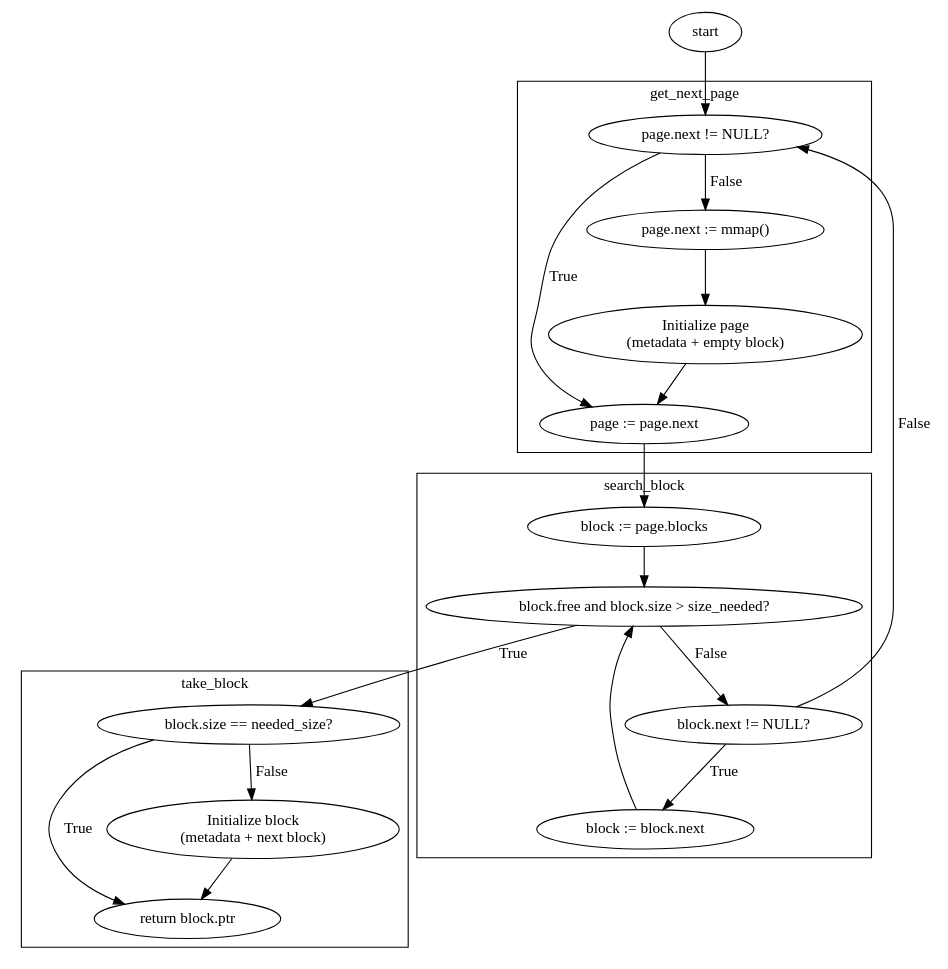
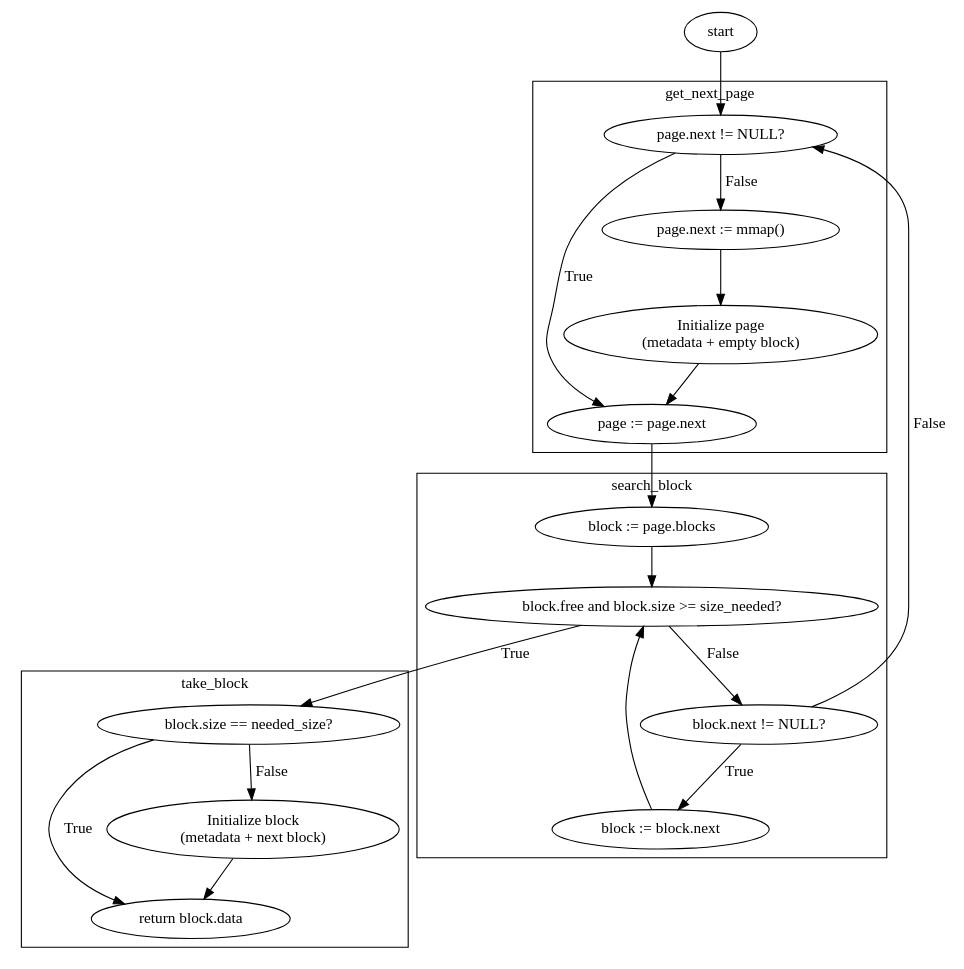
One commit to nootr/ilo changed the diagram in docs/graphs/malloc.dot. Above: the diagram before and after it, drawn with Graphviz.

Commit message:
Fix errors in malloc flowchart

```diff
--- a/docs/graphs/malloc.dot
+++ b/docs/graphs/malloc.dot
@@ -1,50 +1,50 @@
 digraph malloc {
     start -> next_page;
 
     subgraph cluster_get_next_page {
         label = "get_next_page";
 
         # Check if page exists
         next_page [ label = "page.next != NULL?" ];
         next_page -> mmap [ label = "False" ];
         next_page -> progress_page [ label = "True" ];
 
         # Create new page
         mmap [ label = "page.next := mmap()" ];
         mmap -> init_page;
         init_page [ label = "Initialize page\n(metadata + empty block)" ];
         init_page -> progress_page;
     }
 
     subgraph cluster_search_block {
         label = "search_block";
 
         # Search for suitable block
         progress_page [ label = "page := page.next" ];
         progress_page -> first_block;
         first_block [ label = "block := page.blocks" ];
         first_block -> fits;
 
         # Walk blocks
-        fits [ label = "block.free and block.size > size_needed?" ];
+        fits [ label = "block.free and block.size >= size_needed?" ];
         fits -> next_block [ label = "False" ];
         next_block [ label = "block.next != NULL?" ];
         next_block -> next_page [ label = "False" ];
         next_block -> progress_block [ label = "True" ];
         progress_block [ label = "block := block.next" ];
         progress_block -> fits;
     }
 
     subgraph cluster_take_block {
         label = "take_block";
 
         # Occupy block
         fits -> perfect_fit [ label = "True" ];
         perfect_fit [ label = "block.size == needed_size?"];
         perfect_fit -> return_block [ label = "True" ];
         perfect_fit -> init_block [ label = "False" ];
-        return_block [ label = "return block.ptr" ];
+        return_block [ label = "return block.data" ];
         init_block [ label = "Initialize block\n(metadata + next block)" ];
         init_block -> return_block;
     }
 }
```
